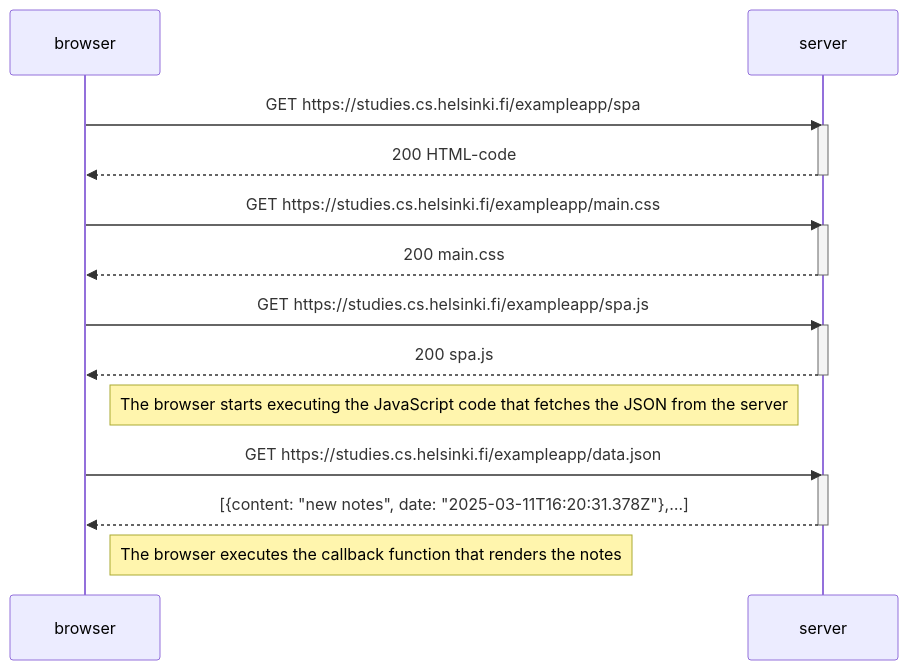
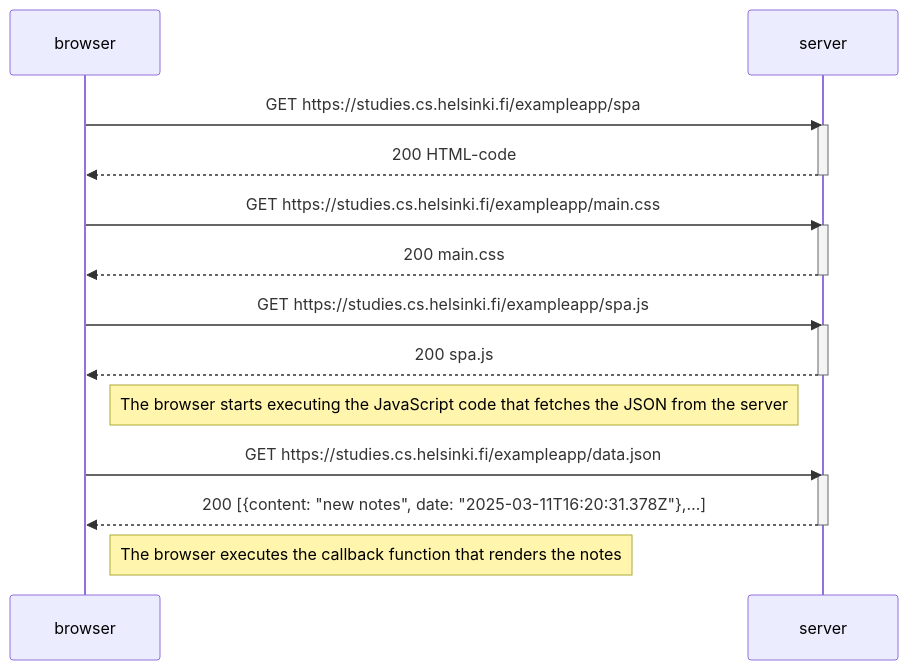
Before and after one commit to Racorral/curso-fullstack-react: the diagram in part0/0.5/mermaid-diagram-2025-03-11-234234.mmd, drawn with Mermaid. The commit also changed 3 other files, not shown here.

```diff
--- a/part0/0.5/mermaid-diagram-2025-03-11-234234.mmd
+++ b/part0/0.5/mermaid-diagram-2025-03-11-234234.mmd
@@ -1,27 +1,27 @@
 sequenceDiagram
     participant browser
     participant server
 
     browser->>server: GET https://studies.cs.helsinki.fi/exampleapp/spa
     activate server
     server-->>browser: 200 HTML-code
     deactivate server
 
     browser->>server: GET https://studies.cs.helsinki.fi/exampleapp/main.css
     activate server
     server-->>browser: 200 main.css
     deactivate server
 
     browser->>server: GET https://studies.cs.helsinki.fi/exampleapp/spa.js
     activate server
     server-->>browser: 200 spa.js
     deactivate server
 
     Note right of browser: The browser starts executing the JavaScript code that fetches the JSON from the server
 
     browser->>server: GET https://studies.cs.helsinki.fi/exampleapp/data.json
     activate server
-    server-->>browser: [{content: "new notes", date: "2025-03-11T16:20:31.378Z"},…]
+    server-->>browser: 200 [{content: "new notes", date: "2025-03-11T16:20:31.378Z"},…]
     deactivate server
 
     Note right of browser: The browser executes the callback function that renders the notes
```
